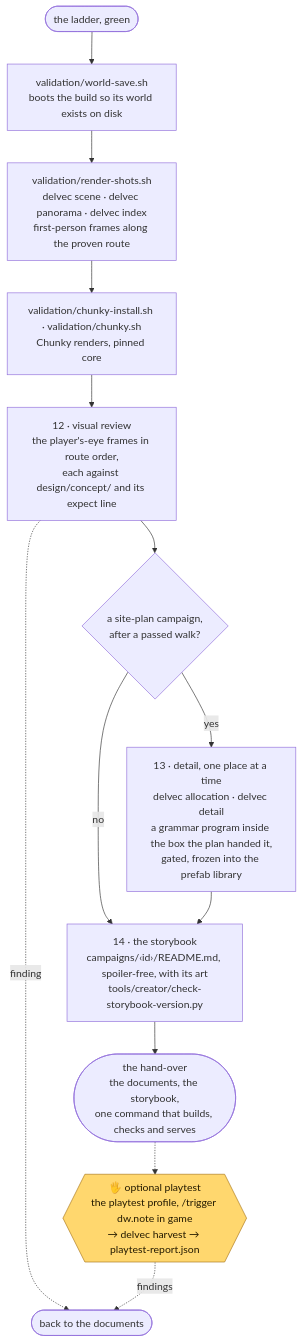
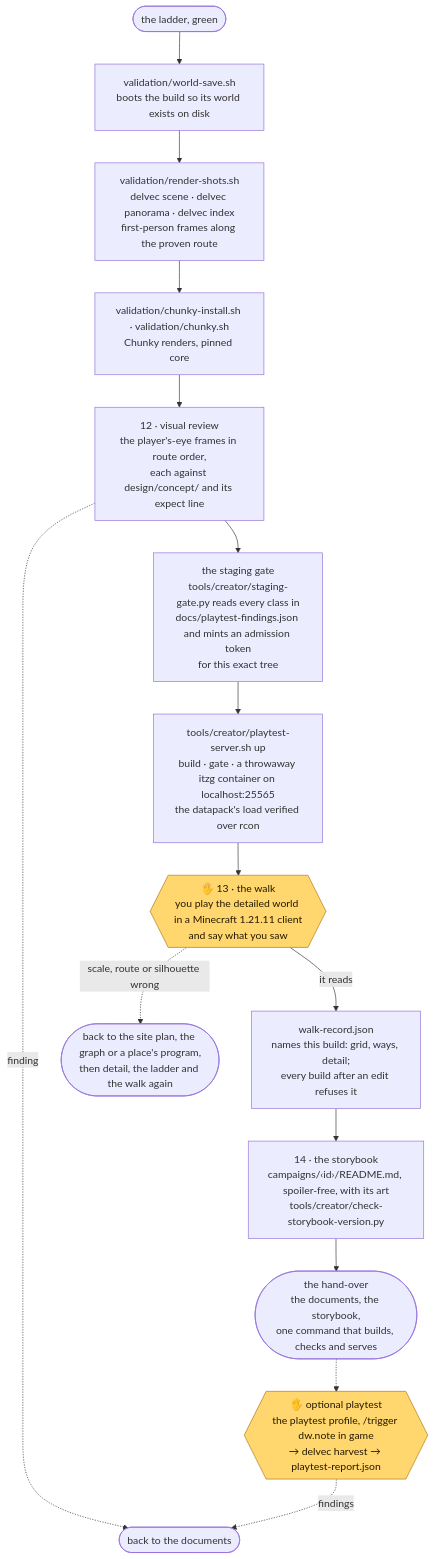
The sixth of 9 diagrams in docs/how-it-works.md (stellarfeline/delvewright), drawn with Mermaid before and after one commit. The commit also changed other lines of this file and 23 other files, not shown here.

````diff
--- a/docs/how-it-works.md
+++ b/docs/how-it-works.md
@@ -147,17 +145,19 @@
 ```mermaid
 flowchart TD
     G(["the ladder, green"]) --> WS2["validation/world-save.sh<br/>boots the build so its world exists on disk"]
     WS2 --> RS["validation/render-shots.sh<br/>delvec scene · delvec panorama · delvec index<br/>first-person frames along the proven route"]
     RS --> CK["validation/chunky-install.sh · validation/chunky.sh<br/>Chunky renders, pinned core"]
     CK --> VR["12 · visual review<br/>the player's-eye frames in route order,<br/>each against design/concept/ and its expect line"]
     VR -.->|"finding"| BACK(["back to the documents"])
-    VR --> SPQ{"a site-plan campaign,<br/>after a passed walk?"}
-    SPQ -->|"yes"| DET["13 · detail, one place at a time<br/>delvec allocation · delvec detail<br/>a grammar program inside the box the plan handed it,<br/>gated, frozen into the prefab library"]
-    SPQ -->|"no"| HO
-    DET --> HO["14 · the storybook<br/>campaigns/‹id›/README.md, spoiler-free, with its art<br/>tools/creator/check-storybook-version.py"]
+    VR --> SG["the staging gate<br/>tools/creator/staging-gate.py reads every class in<br/>docs/playtest-findings.json and mints an admission token<br/>for this exact tree"]
+    SG --> UP["tools/creator/playtest-server.sh up<br/>build · gate · a throwaway itzg container on localhost:25565<br/>the datapack's load verified over rcon"]
+    UP --> WALK{{"🖐 13 · the walk<br/>you play the detailed world in a Minecraft 1.21.11 client<br/>and say what you saw"}}:::human
+    WALK -.->|"scale, route or silhouette wrong"| REDO(["back to the site plan, the graph or a place's program,<br/>then detail, the ladder and the walk again"])
+    WALK -->|"it reads"| WR["walk-record.json<br/>names this build: grid, ways, detail;<br/>every build after an edit refuses it"]
+    WR --> HO["14 · the storybook<br/>campaigns/‹id›/README.md, spoiler-free, with its art<br/>tools/creator/check-storybook-version.py"]
     HO --> OUT(["the hand-over<br/>the documents, the storybook,<br/>one command that builds, checks and serves"])
     OUT -.-> PLAY{{"🖐 optional playtest<br/>the playtest profile, /trigger dw.note in game<br/>→ delvec harvest → playtest-report.json"}}:::human
     PLAY -.->|"findings"| BACK
 
     classDef human fill:#ffd76e,stroke:#a9761a,color:#241a00
 ```
````
